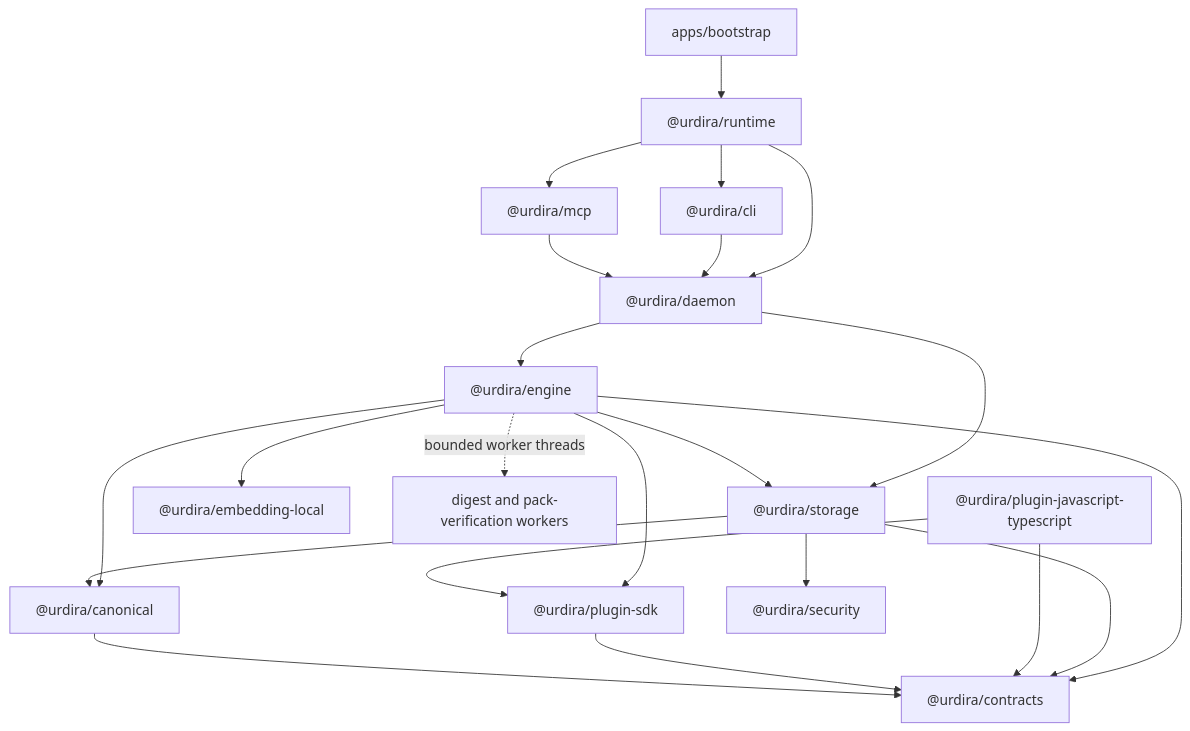
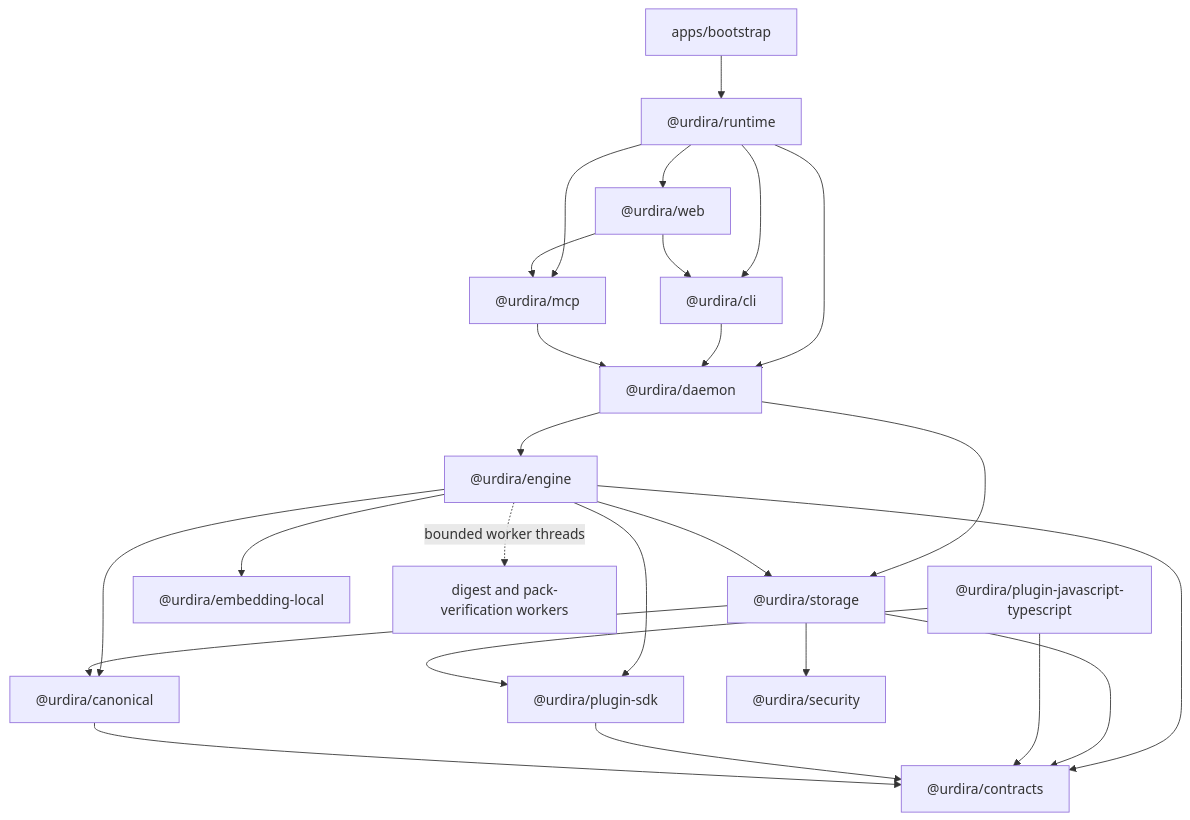
One commit to CristianBB/urdira changed the first of 7 diagrams in docs/architecture.md. Above: the diagram before and after it, drawn with Mermaid. The commit also changed other lines of this file and 72 other files, not shown here.

````diff
--- a/docs/architecture.md
+++ b/docs/architecture.md
@@ -30,24 +30,27 @@
 ```mermaid
 flowchart TD
   Bootstrap["apps/bootstrap"] --> Runtime["@urdira/runtime"]
   Runtime --> CLI["@urdira/cli"]
   Runtime --> MCP["@urdira/mcp"]
+  Runtime --> Web["@urdira/web"]
   Runtime --> Daemon["@urdira/daemon"]
+  Web --> CLI
+  Web --> MCP
   CLI --> Daemon
   MCP --> Daemon
   Daemon --> Engine["@urdira/engine"]
   Daemon --> Storage["@urdira/storage"]
   Engine --> Storage
   Engine --> Embedding["@urdira/embedding-local"]
   Engine --> PluginSDK["@urdira/plugin-sdk"]
   Engine --> Contracts["@urdira/contracts"]
   Engine --> Canonical["@urdira/canonical"]
   Engine -. "bounded worker threads" .-> Workers["digest and pack-verification workers"]
   Storage --> Security["@urdira/security"]
   Storage --> Contracts
   Storage --> Canonical
   PluginJS["@urdira/plugin-javascript-typescript"] --> PluginSDK
   PluginJS --> Contracts
   PluginSDK --> Contracts
   Canonical --> Contracts
 ```
````
